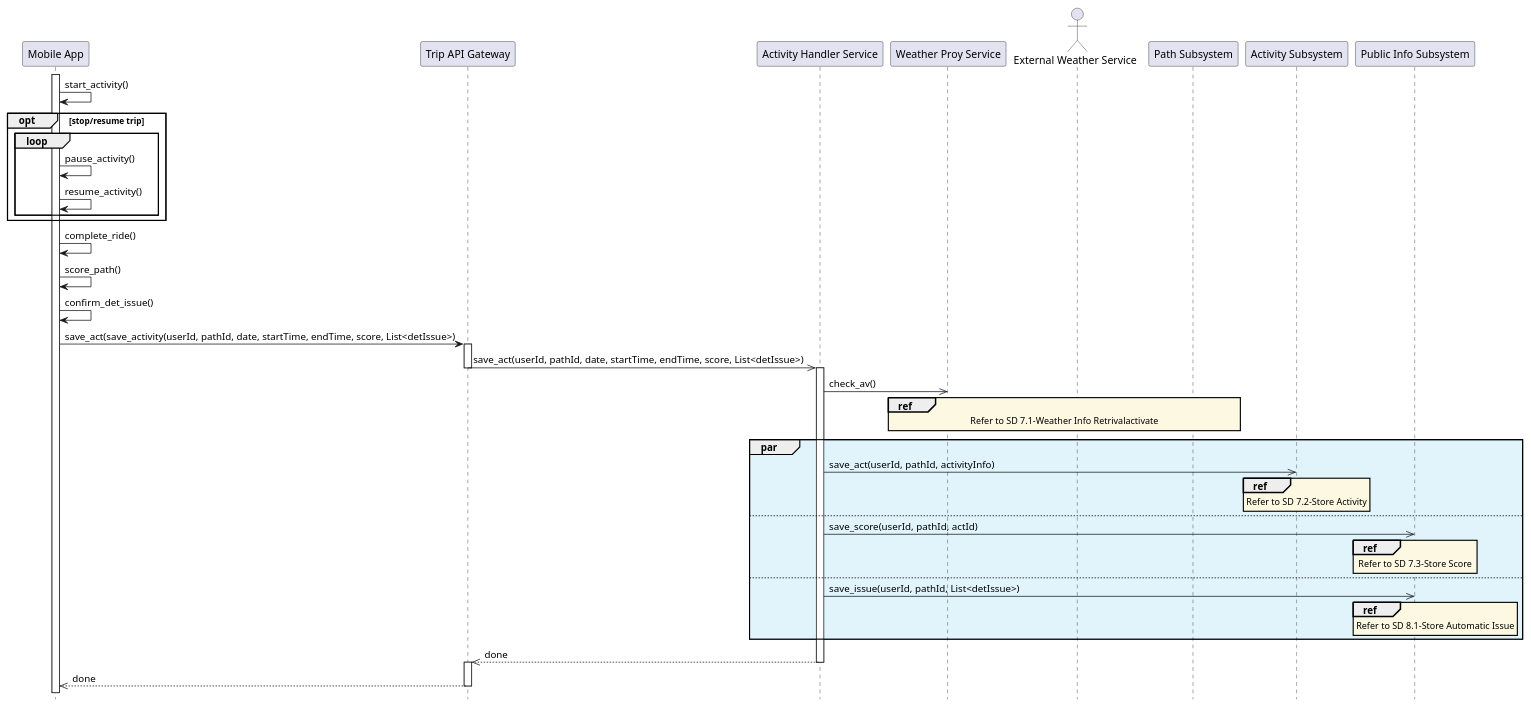
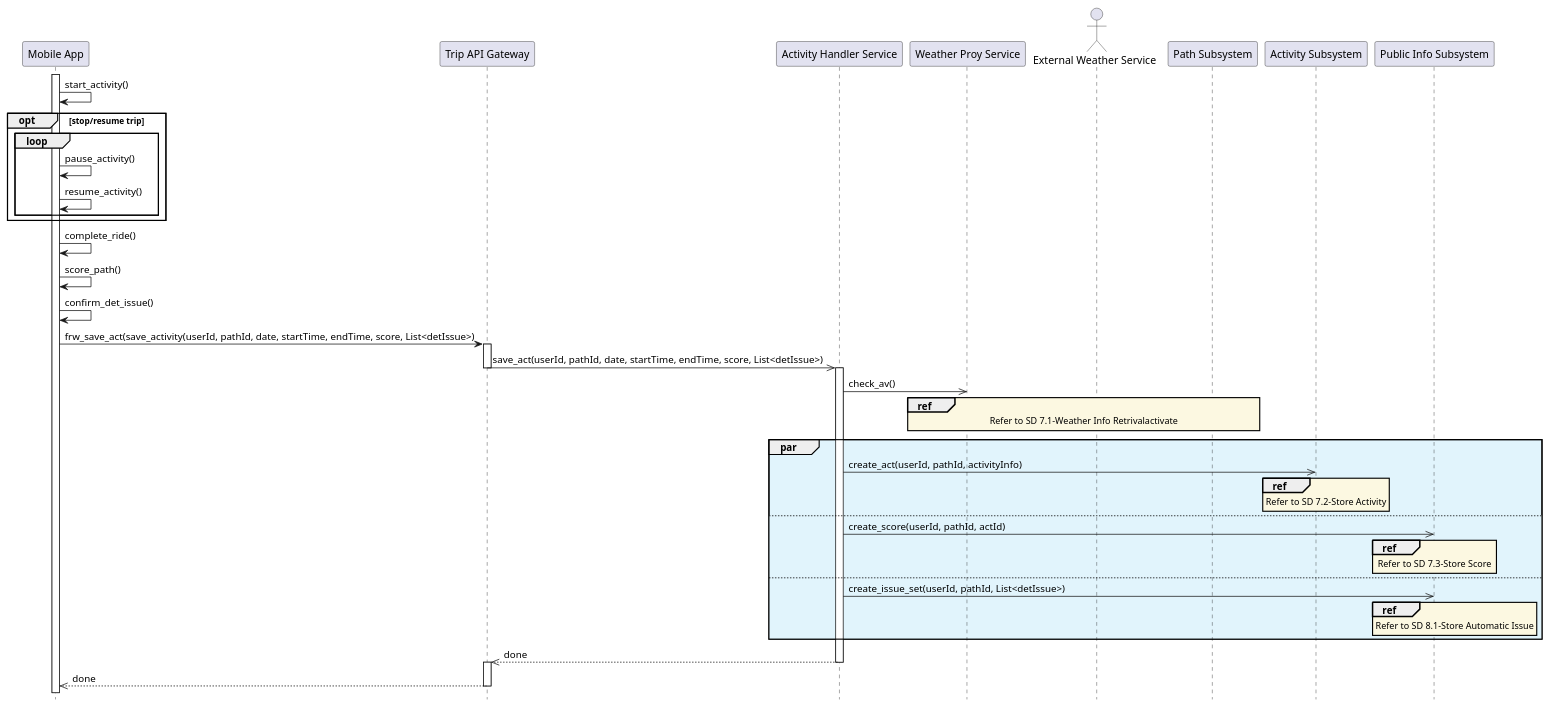
Before and after one commit to Guflie/PoliMi-SWE2-RDD-project: the diagram in diagrams/DD/sequenceDiagram/sd8_moniored_activity.puml, drawn with PlantUML. The commit also changed 20 other files, not shown here.

```diff
--- a/diagrams/DD/sequenceDiagram/sd8_moniored_activity.puml
+++ b/diagrams/DD/sequenceDiagram/sd8_moniored_activity.puml
@@ -1,54 +1,54 @@
 @startuml sd8_registered_user_activity
 ' Refers to UC10, 13
 hide footbox
 
 skinparam sequence {
     ReferenceBackgroundColor #fcf8e1
 }
 
 participant "Mobile App" as app
 participant "Trip API Gateway" as tapi
 participant "Activity Handler Service" as ahs
 participant "Weather Proy Service" as wps
 actor "External Weather Service" as ews
 participant "Path Subsystem" as pss
 participant "Activity Subsystem" as ass 
 participant "Public Info Subsystem" as piss
 
 activate app
 app -> app :start_activity()
 opt stop/resume trip
     loop
         app -> app : pause_activity()
         app -> app : resume_activity()
     end
 end
 app -> app : complete_ride()
 app -> app : score_path()
 app -> app : confirm_det_issue()
-app -> tapi: save_act(save_activity(userId, pathId, date, startTime, endTime, score, List<detIssue>)
+app -> tapi: frw_save_act(save_activity(userId, pathId, date, startTime, endTime, score, List<detIssue>)
 activate tapi
 tapi ->> ahs : save_act(userId, pathId, date, startTime, endTime, score, List<detIssue>)
 deactivate tapi
 
 activate ahs
 ahs ->> wps : check_av()
 ref over wps, ews, pss : Refer to SD 7.1-Weather Info Retrivalactivate 
 
 par #e1f4fc 
-    ahs ->> ass : save_act(userId, pathId, activityInfo)
+    ahs ->> ass : create_act(userId, pathId, activityInfo)
     ref over  ass : Refer to SD 7.2-Store Activity
 else
-    ahs ->> piss : save_score(userId, pathId, actId)
+    ahs ->> piss : create_score(userId, pathId, actId)
     ref over piss : Refer to SD 7.3-Store Score
 else
-    ahs ->> piss : save_issue(userId, pathId, List<detIssue>)
+    ahs ->> piss : create_issue_set(userId, pathId, List<detIssue>)
     ref over piss : Refer to SD 8.1-Store Automatic Issue
 end
 ahs -->> tapi : done
 deactivate ahs
 activate tapi
 tapi -->> app : done
 deactivate tapi
 
 @enduml
```
